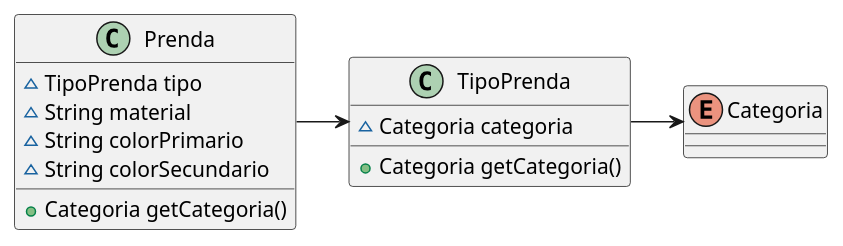
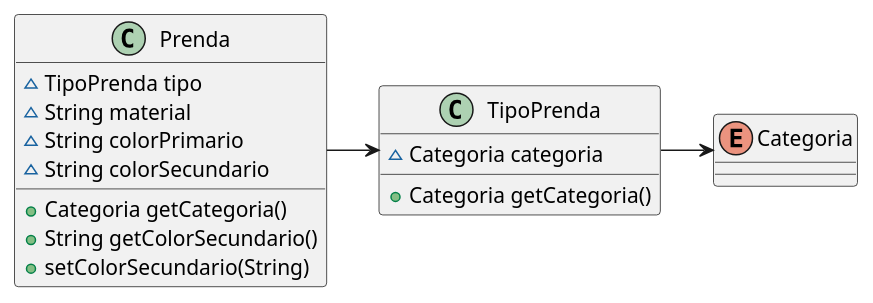
One commit to mnigliazzo/qmp-grupo10 changed the diagram in iteracion1.puml. Above: the diagram before and after it, drawn with PlantUML. The commit also changed 3 other files, not shown here.

```diff
--- a/iteracion1.puml
+++ b/iteracion1.puml
@@ -1,18 +1,20 @@
 @startuml
 class Prenda {
 ~ TipoPrenda tipo
 ~ String material
 ~ String colorPrimario
 ~ String colorSecundario
 + Categoria getCategoria()
++ String getColorSecundario()
++ setColorSecundario(String)
 }
 class TipoPrenda {
 ~ Categoria categoria
 + Categoria getCategoria()
 }
 Enum Categoria {
 }
 
 Prenda -> TipoPrenda
 TipoPrenda -> Categoria
 @enduml
```
